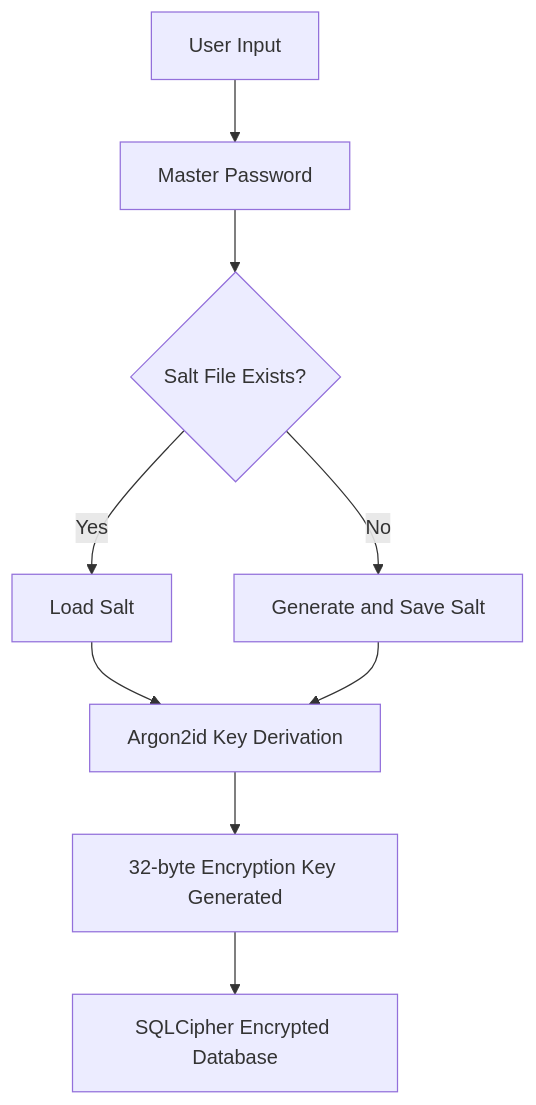
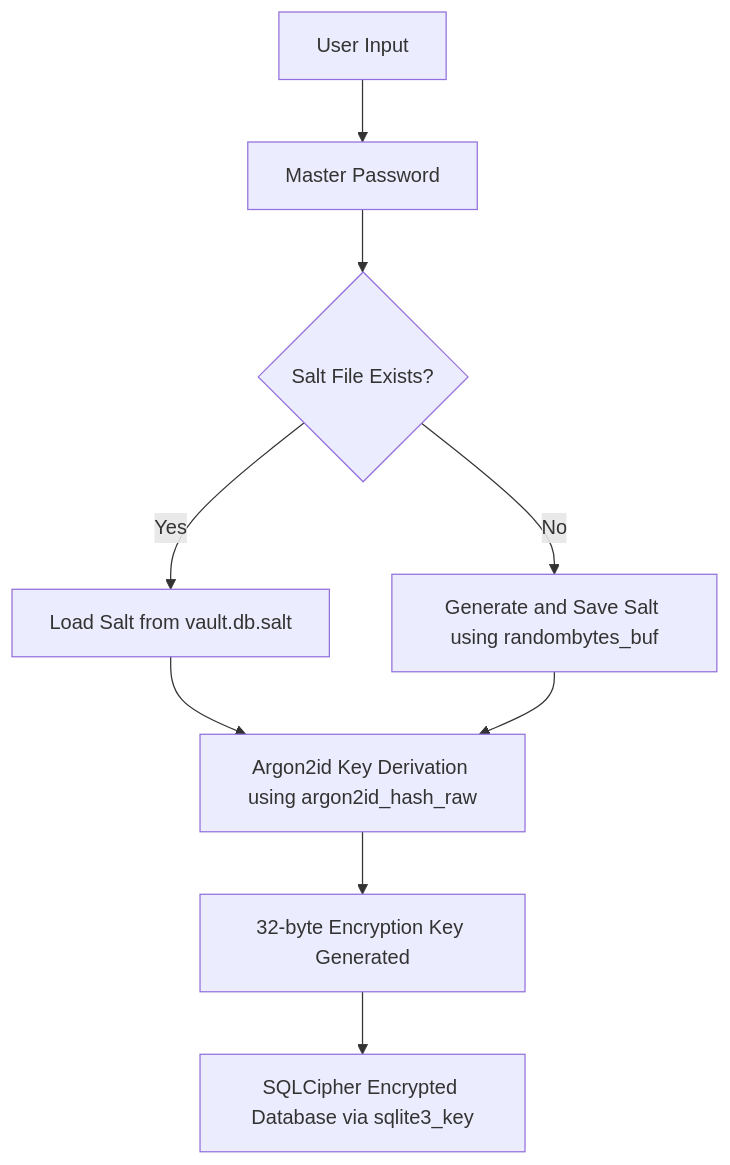
The diagram in SECURITY.md (fam007e/SecurePasswd_MGMT), drawn with Mermaid before and after one commit. The commit also changed other lines of this file and 13 other files, not shown here.

````diff
--- a/SECURITY.md
+++ b/SECURITY.md
@@ -44,11 +46,11 @@
 ```mermaid
 graph TD
     A[User Input] --> B[Master Password]
     B --> C{Salt File Exists?}
-    C -- Yes --> D[Load Salt]
-    C -- No --> E[Generate and Save Salt]
-    D --> F[Argon2id Key Derivation]
+    C -- Yes --> D[Load Salt from vault.db.salt]
+    C -- No --> E[Generate and Save Salt using randombytes_buf]
+    D --> F[Argon2id Key Derivation using argon2id_hash_raw]
     E --> F
     F --> G[32-byte Encryption Key Generated]
-    G --> H[SQLCipher Encrypted Database]
+    G --> H[SQLCipher Encrypted Database via sqlite3_key]
 ```
````
